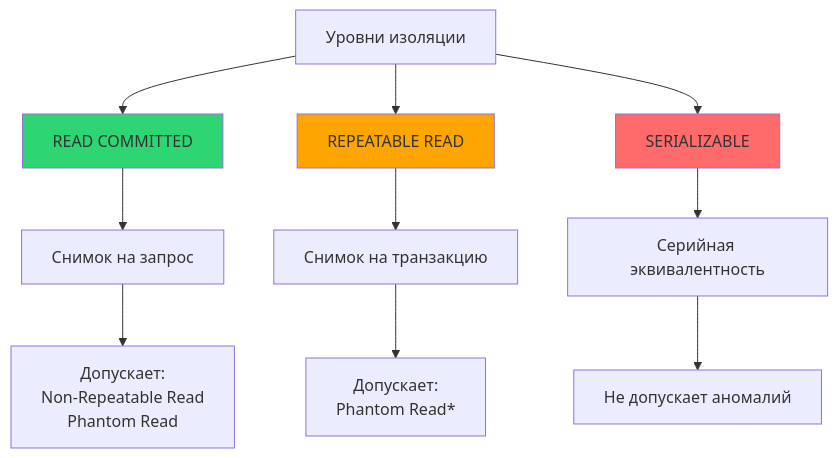
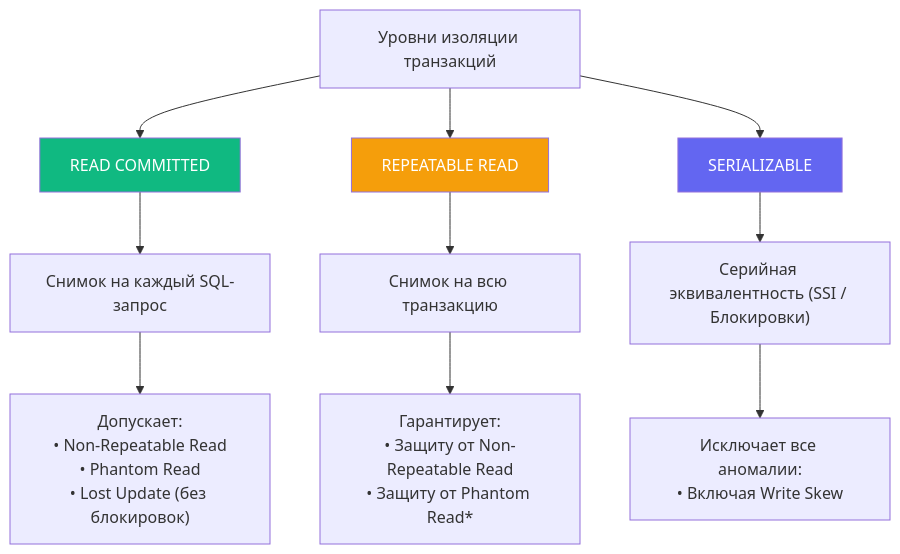
One commit to UnrealTemplier/go-textbook changed the diagram in sources/12. Базы данных/05. Транзакции и внутренности/3. Read Committed, Repeatable Read, Serializable.md. Above: the diagram before and after it, drawn with Mermaid. The commit also changed other lines of this file, not shown here.

````diff
--- a/sources/12. Базы данных/05. Транзакции и внутренности/3. Read Committed, Repeatable Read, Serializable.md
+++ b/sources/12. Базы данных/05. Транзакции и внутренности/3. Read Committed, Repeatable Read, Serializable.md
@@ -12,18 +14,18 @@
 ```mermaid
 flowchart TD
-    A["Уровни изоляции"] --> B["READ COMMITTED"]
+    A["Уровни изоляции транзакций"] --> B["READ COMMITTED"]
     A --> C["REPEATABLE READ"]
     A --> D["SERIALIZABLE"]
     
-    B --> E["Снимок на запрос"]
-    C --> F["Снимок на транзакцию"]
-    D --> G["Серийная эквивалентность"]
+    B --> E["Снимок на каждый SQL-запрос"]
+    C --> F["Снимок на всю транзакцию"]
+    D --> G["Серийная эквивалентность (SSI / Блокировки)"]
     
-    E --> H["Допускает:<br>Non-Repeatable Read<br>Phantom Read"]
-    F --> I["Допускает:<br>Phantom Read*"]
-    G --> J["Не допускает аномалий"]
+    E --> H["Допускает:<br>• Non-Repeatable Read<br>• Phantom Read<br>• Lost Update (без блокировок)"]
+    F --> I["Гарантирует:<br>• Защиту от Non-Repeatable Read<br>• Защиту от Phantom Read*"]
+    G --> J["Исключает все аномалии:<br>• Включая Write Skew"]
     
-    style B fill:#2ed573
-    style C fill:#ffa502
-    style D fill:#ff6b6b
+    style B fill:#10b981,color:#fff
+    style C fill:#f59e0b,color:#fff
+    style D fill:#6366f1,color:#fff
 ```
````
